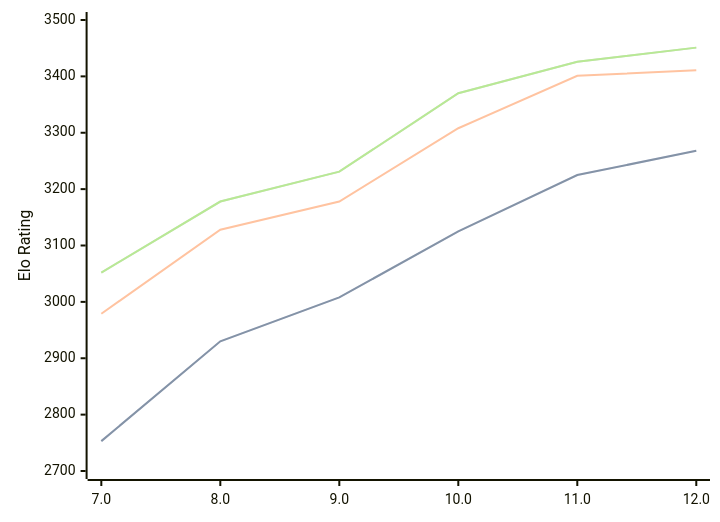
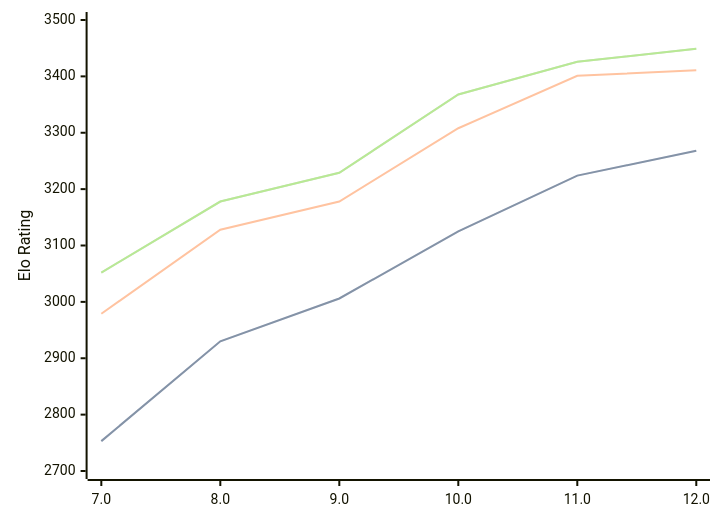
The diagram in engines/Tcheran.md (computer-chess-index/cci), drawn with Mermaid before and after one commit. The commit also changed other lines of this file, not shown here.

Commit message:
Update CCI Ratings (ELO VLTC) - 2026-06-12

````diff
--- a/engines/Tcheran.md
+++ b/engines/Tcheran.md
@@ -50,11 +50,11 @@
 ```mermaid
 %%{init: {"theme":"base","themeVariables":{"seriesColors:['#a3a3a3','#222221','#faa371']}}}%%
 xychart-beta
   x-axis ["7.0", "8.0", "9.0", "10.0", "11.0", "12.0"]
   y-axis "Elo Rating" 2700 --> 3500
-  line "STC (8.0+0.08s)" [2753, 2930, 3008, 3125, 3225, 3268]
-  line "STC (8.0+0.08s)" [2753, 2930, 3008, 3125, 3225, 3268]
+  line "STC (8.0+0.08s)" [2753, 2930, 3006, 3125, 3224, 3268]
+  line "STC (8.0+0.08s)" [2753, 2930, 3006, 3125, 3224, 3268]
   line "LTC (60.0+0.60s)" [2979, 3128, 3178, 3308, 3401, 3411]
-  line "VLTC (2m24s+1.12s)" [3052, 3178, 3231, 3370, 3426, 3451]
-  line "VLTC (2m24s+1.12s)" [3052, 3178, 3231, 3370, 3426, 3451]
+  line "VLTC (2m24s+1.12s)" [3052, 3178, 3229, 3368, 3426, 3449]
+  line "VLTC (2m24s+1.12s)" [3052, 3178, 3229, 3368, 3426, 3449]
 ```
````
